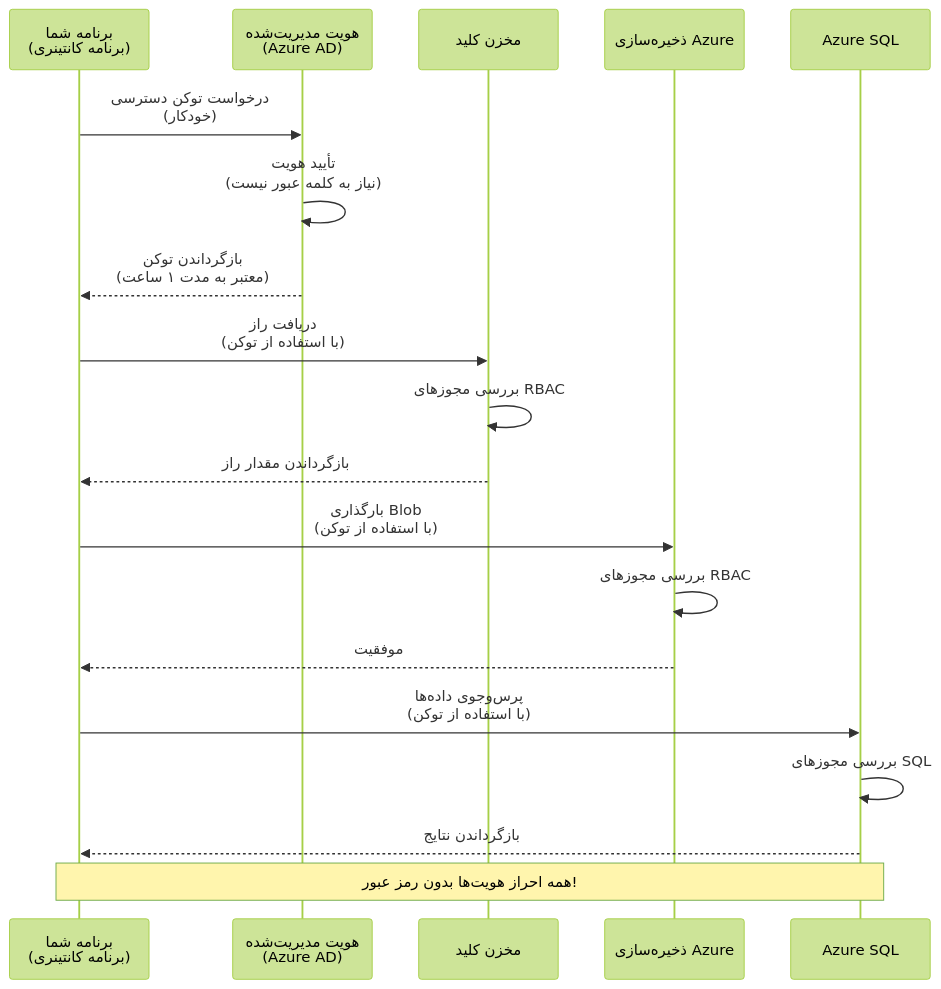
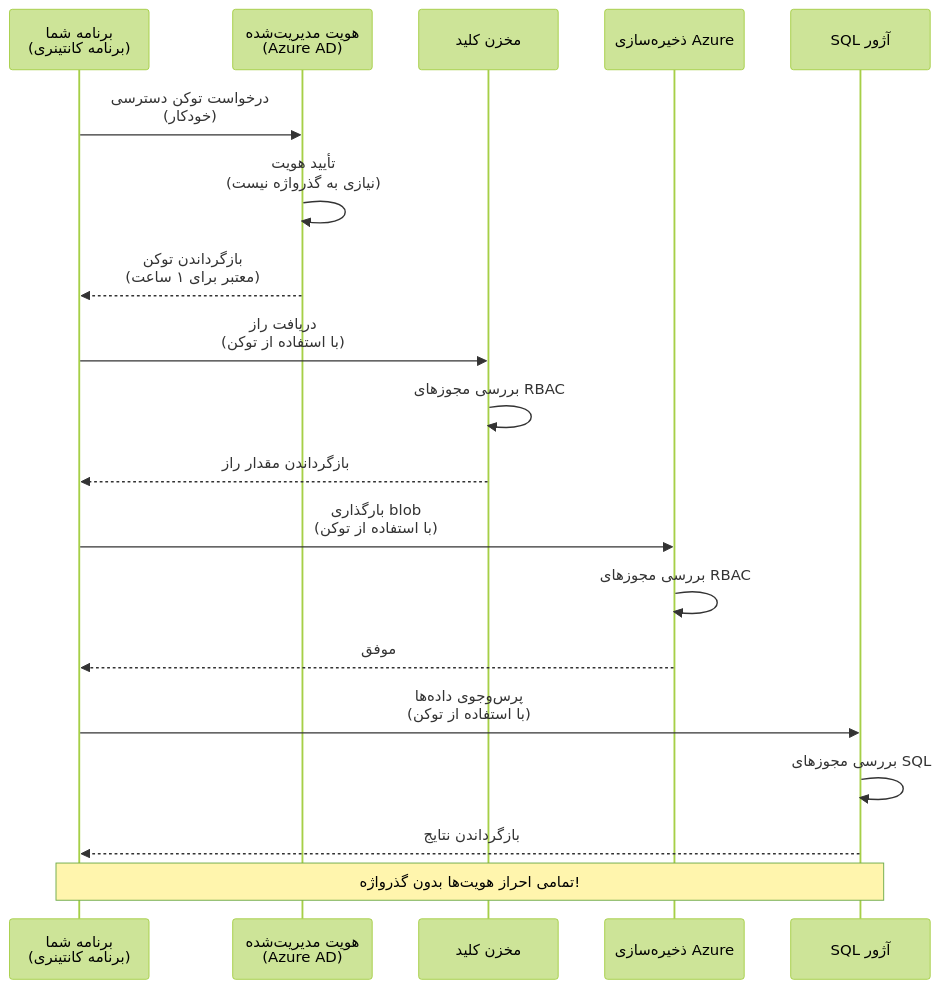
Before and after one commit to microsoft/AZD-for-beginners: the first of 2 diagrams in translations/fa/docs/chapter-03-configuration/authsecurity.md, drawn with Mermaid (forest theme). The commit also changed other lines of this file and 101 other files, not shown here.

````diff
--- a/translations/fa/docs/chapter-03-configuration/authsecurity.md
+++ b/translations/fa/docs/chapter-03-configuration/authsecurity.md
@@ -69,26 +69,26 @@
 ```mermaid
 sequenceDiagram
     participant App as برنامه شما<br/>(برنامه کانتینری)
     participant MI as هویت مدیریت‌شده<br/>(Azure AD)
     participant KV as مخزن کلید
     participant Storage as ذخیره‌سازی Azure
-    participant DB as Azure SQL
+    participant DB as SQL آژور
     
     App->>MI: درخواست توکن دسترسی<br/>(خودکار)
-    MI->>MI: تأیید هویت<br/>(نیاز به کلمه عبور نیست)
-    MI-->>App: بازگرداندن توکن<br/>(معتبر به مدت ۱ ساعت)
+    MI->>MI: تأیید هویت<br/>(نیازی به گذرواژه نیست)
+    MI-->>App: بازگرداندن توکن<br/>(معتبر برای ۱ ساعت)
     
     App->>KV: دریافت راز<br/>(با استفاده از توکن)
     KV->>KV: بررسی مجوزهای RBAC
     KV-->>App: بازگرداندن مقدار راز
     
-    App->>Storage: بارگذاری Blob<br/>(با استفاده از توکن)
+    App->>Storage: بارگذاری blob<br/>(با استفاده از توکن)
     Storage->>Storage: بررسی مجوزهای RBAC
-    Storage-->>App: موفقیت
+    Storage-->>App: موفق
     
     App->>DB: پرس‌وجوی داده‌ها<br/>(با استفاده از توکن)
     DB->>DB: بررسی مجوزهای SQL
     DB-->>App: بازگرداندن نتایج
     
-    Note over App,DB: همه احراز هویت‌ها بدون رمز عبور!
+    Note over App,DB: تمامی احراز هویت‌ها بدون گذرواژه!
 ```
````
